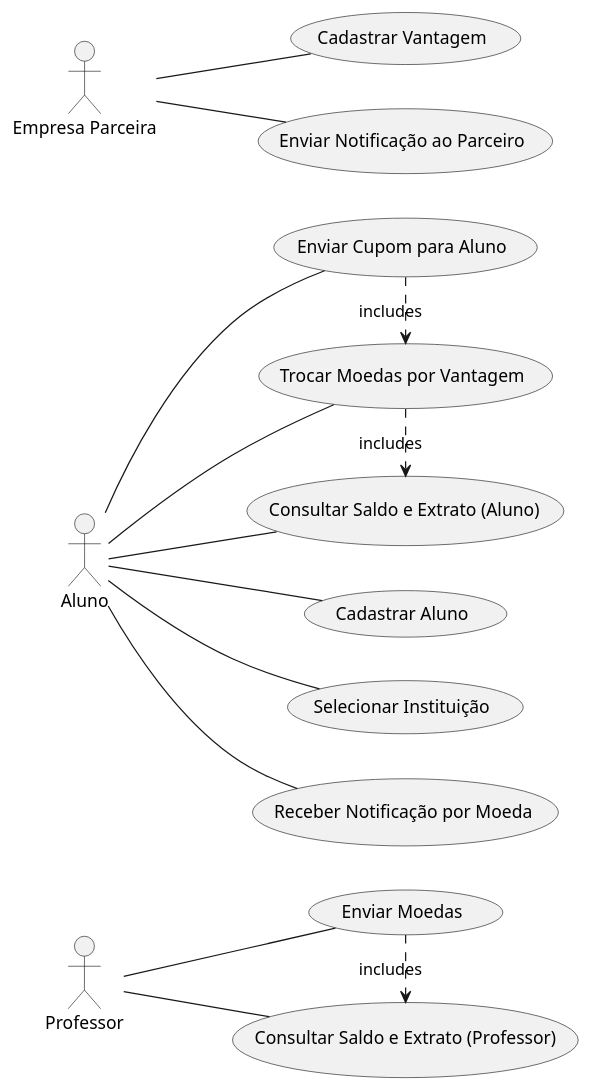
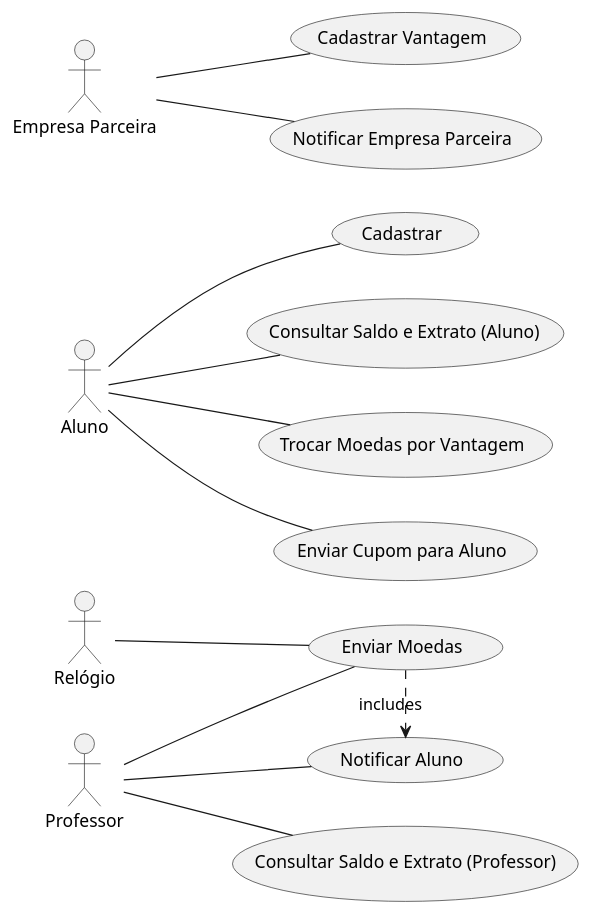
The diagram in Projeto/diagramas/casos_de_uso.puml (Lvion/LabSoftware3), drawn with PlantUML before and after one commit.

Commit message:
correções diagrama de casos de uso

```diff
--- a/Projeto/diagramas/casos_de_uso.puml
+++ b/Projeto/diagramas/casos_de_uso.puml
@@ -1,35 +1,36 @@
 @startuml
 
 left to right direction
 
 actor "Aluno" as Aluno
 actor "Professor" as Professor
 actor "Empresa Parceira" as Empresa
+actor "Relógio" as Relogio
 
-usecase "Cadastrar Aluno" as UC1
-usecase "Selecionar Instituição" as UC2
+usecase "Cadastrar" as UC1
 usecase "Enviar Moedas" as UC3
 usecase "Consultar Saldo e Extrato (Aluno)" as UC4
 usecase "Consultar Saldo e Extrato (Professor)" as UC5
-usecase "Receber Notificação por Moeda" as UC6
 usecase "Cadastrar Vantagem" as UC7
 usecase "Trocar Moedas por Vantagem" as UC8
 usecase "Enviar Cupom para Aluno" as UC9
-usecase "Enviar Notificação ao Parceiro" as UC10
+usecase "Notificar Aluno" as UC11
+usecase "Notificar Empresa Parceira" as UC10
 
 Aluno -- UC1
-Aluno -- UC2
+Aluno -- UC4
+Aluno -- UC8
+Aluno -- UC9
+
 Professor -- UC3
 Professor -- UC5
-Aluno -- UC4
-Aluno -- UC6
+Professor -- UC11
+
+Relogio -- UC3
+
 Empresa -- UC7
-Aluno -- UC8
-Aluno -- UC9
 Empresa -- UC10
 
-UC3 .> UC5 : includes
-UC8 .> UC4 : includes
-UC9 .> UC8 : includes
+UC3 .> UC11 : includes
 
 @enduml
```
